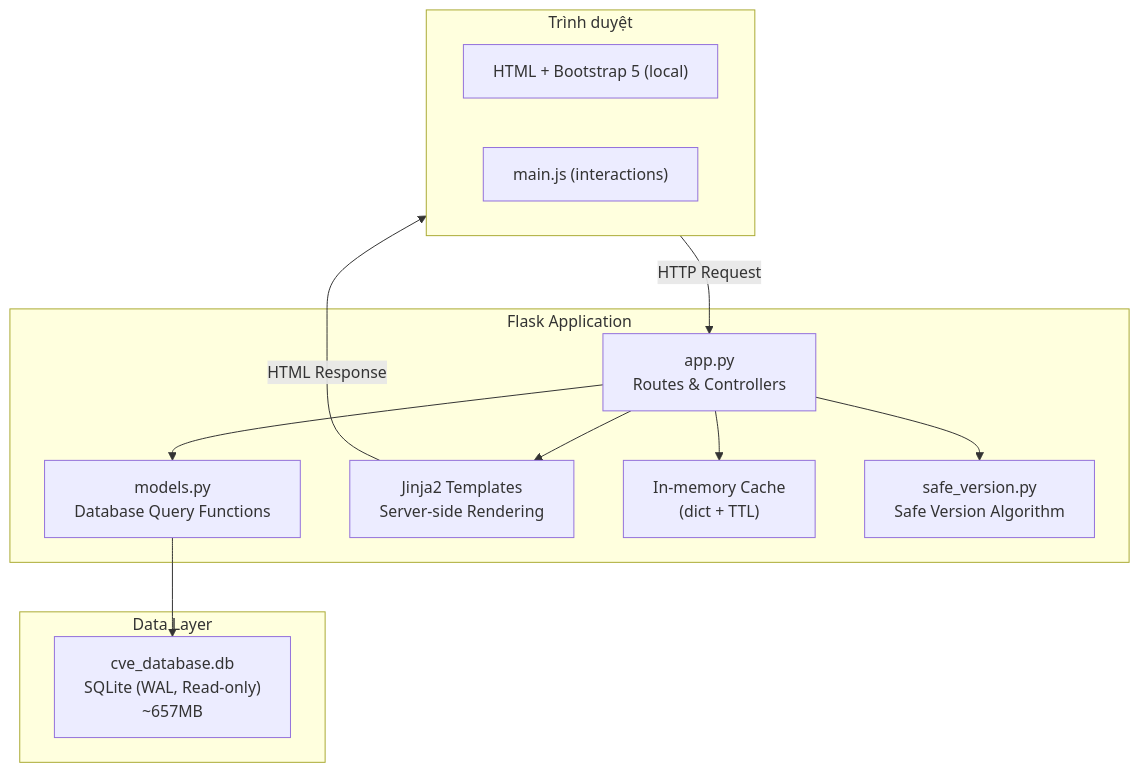
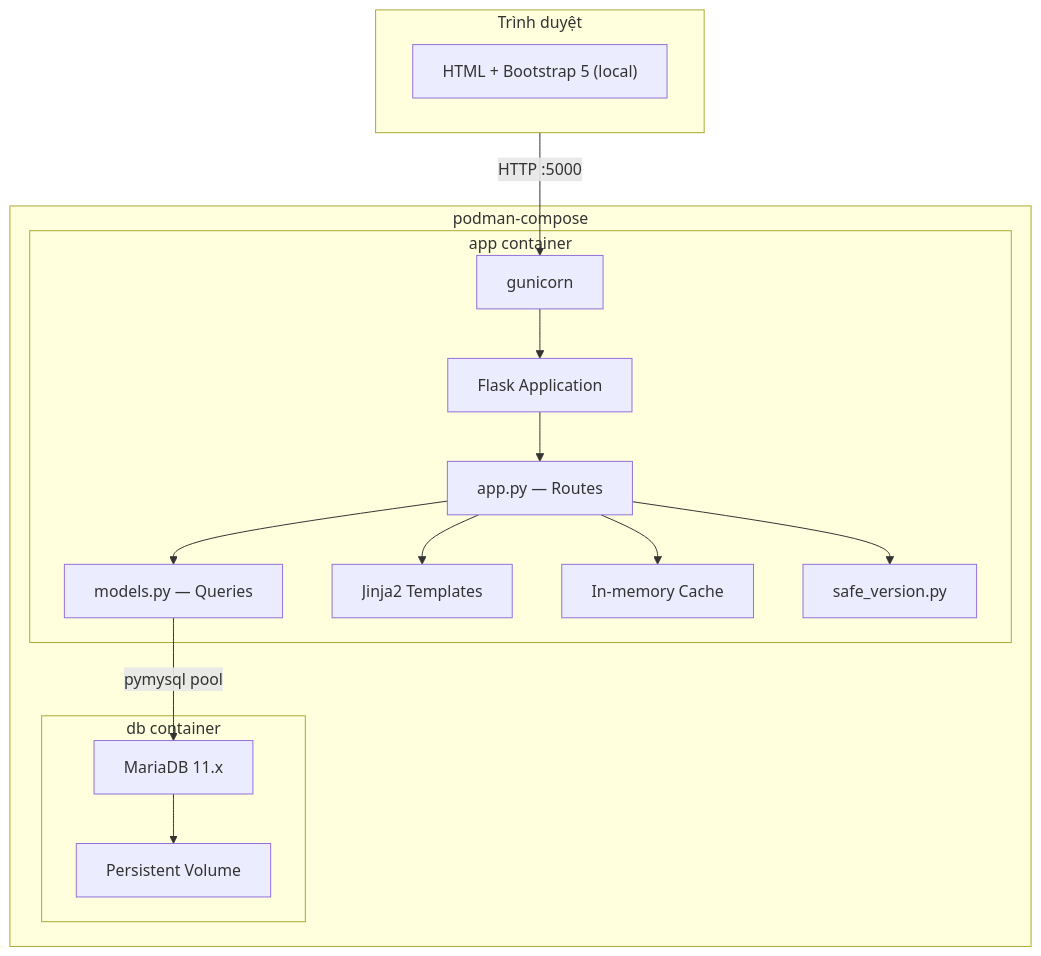
One commit to haunvsec/Secure-software changed the first of 3 diagrams in .kiro/specs/cve-database-website/design.md. Above: the diagram before and after it, drawn with Mermaid. The commit also changed other lines of this file and 86 other files, not shown here.

````diff
--- a/.kiro/specs/cve-database-website/design.md
+++ b/.kiro/specs/cve-database-website/design.md
@@ -13,27 +21,33 @@
 ```mermaid
 graph TB
+    subgraph Container["podman-compose"]
+        subgraph AppContainer["app container"]
+            Gunicorn["gunicorn"]
+            Flask["Flask Application"]
+            Routes["app.py — Routes"]
+            Models["models.py — Queries"]
+            Templates["Jinja2 Templates"]
+            Cache["In-memory Cache"]
+            SafeVer["safe_version.py"]
+        end
+
+        subgraph DBContainer["db container"]
+            MariaDB["MariaDB 11.x"]
+            Volume["Persistent Volume"]
+        end
+    end
+
     subgraph Client["Trình duyệt"]
         HTML["HTML + Bootstrap 5 (local)"]
-        JS["main.js (interactions)"]
     end
 
-    subgraph Flask["Flask Application"]
-        Routes["app.py<br/>Routes & Controllers"]
-        Models["models.py<br/>Database Query Functions"]
-        Templates["Jinja2 Templates<br/>Server-side Rendering"]
-        Cache["In-memory Cache<br/>(dict + TTL)"]
-        SafeVer["safe_version.py<br/>Safe Version Algorithm"]
-    end
-
-    subgraph Data["Data Layer"]
-        DB["cve_database.db<br/>SQLite (WAL, Read-only)<br/>~657MB"]
-    end
-
-    Client -->|HTTP Request| Routes
+    Client -->|HTTP :5000| Gunicorn
+    Gunicorn --> Flask
+    Flask --> Routes
     Routes --> Models
     Routes --> Templates
     Routes --> Cache
-    Models --> DB
     Routes --> SafeVer
-    Templates -->|HTML Response| Client
+    Models -->|pymysql pool| MariaDB
+    MariaDB --> Volume
 ```
````
